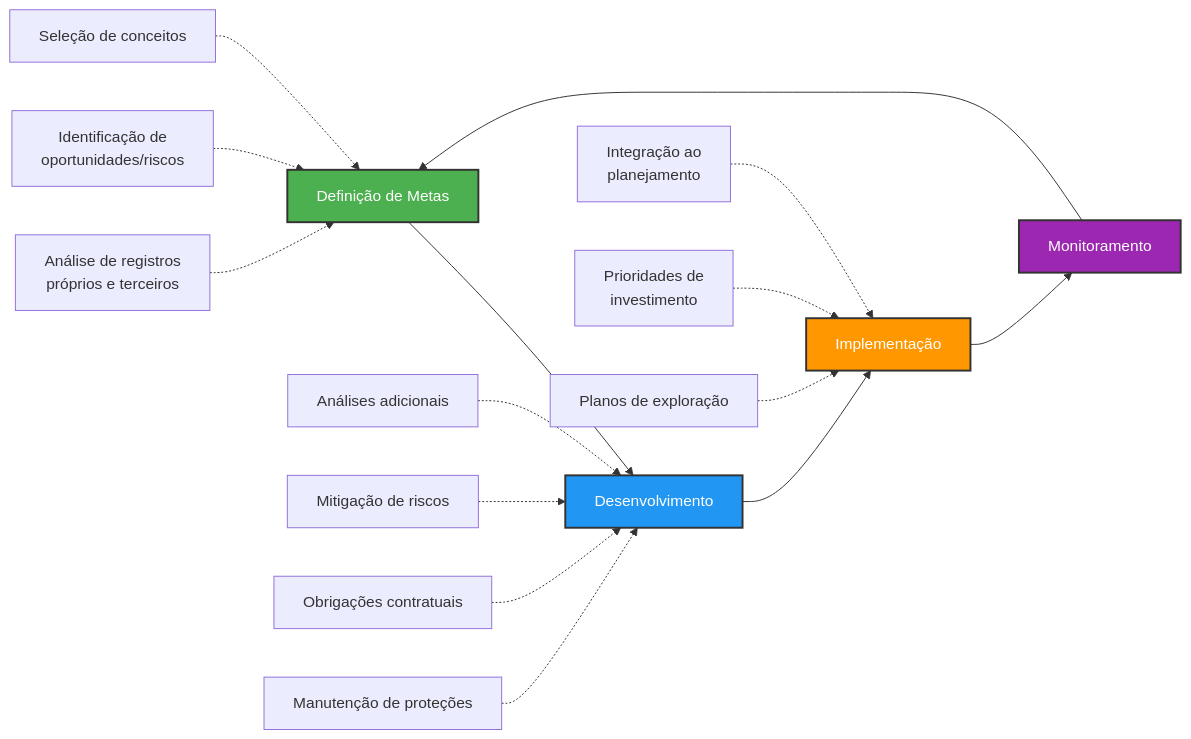
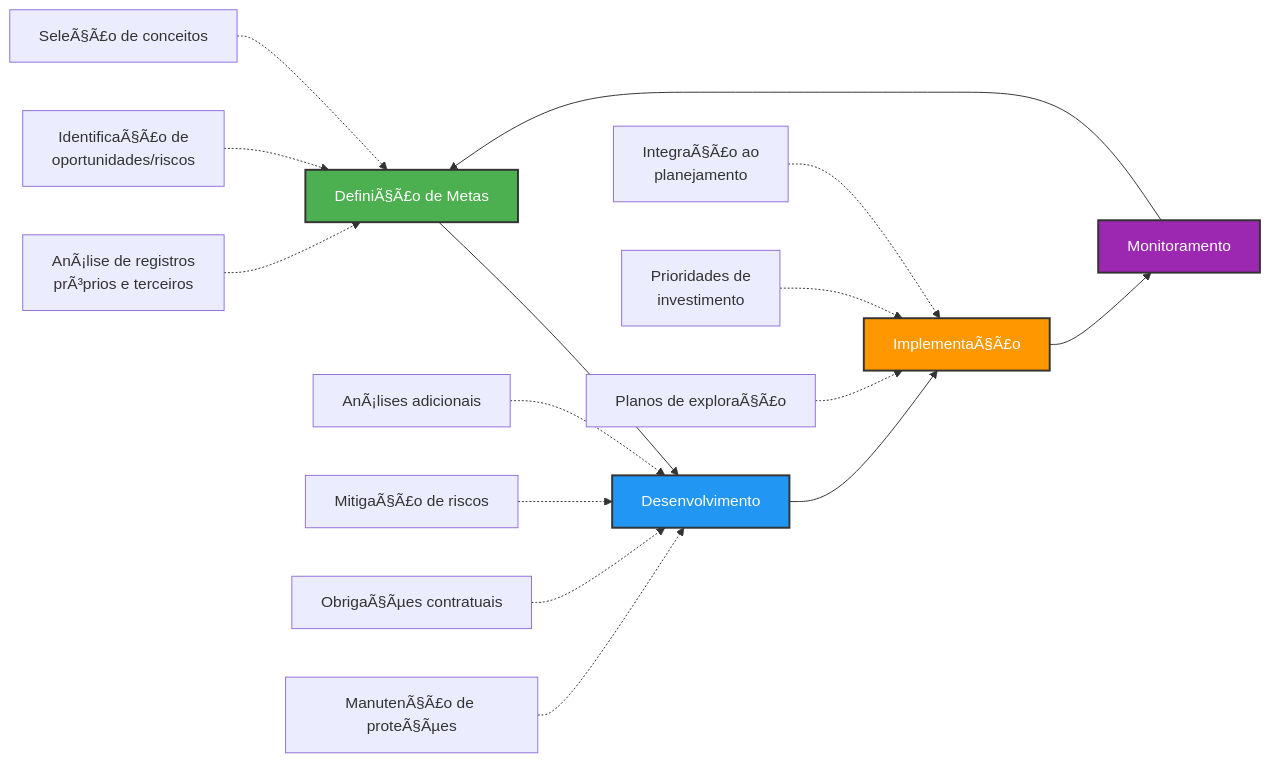
One commit to ldvsantos/cv changed the second of 11 diagrams in aulas/ciencia_pi/SLIDES_QUARTO/Tema 05 - Gestao de Projetos inovacao/tema05_apresentacao/tema05_apresentacao.qmd. Above: the diagram before and after it, drawn with Mermaid. The commit also changed other lines of this file and 466 other files, not shown here.

````diff
--- a/aulas/ciencia_pi/SLIDES_QUARTO/Tema 05 - Gestao de Projetos inovacao/tema05_apresentacao/tema05_apresentacao.qmd
+++ b/aulas/ciencia_pi/SLIDES_QUARTO/Tema 05 - Gestao de Projetos inovacao/tema05_apresentacao/tema05_apresentacao.qmd
@@ -207,27 +206,27 @@
 ```{mermaid}
 %%| fig-width: 10
 %%| fig-height: 5
 graph LR
-    A[Definição de Metas] --> B[Desenvolvimento]
-    B --> C[Implementação]
+    A[DefiniÃ§Ã£o de Metas] --> B[Desenvolvimento]
+    B --> C[ImplementaÃ§Ã£o]
     C --> D[Monitoramento]
     D --> A
     
-    A1[Análise de registros<br/>próprios e terceiros] -.-> A
-    A2[Identificação de<br/>oportunidades/riscos] -.-> A
-    A3[Seleção de conceitos] -.-> A
+    A1[AnÃ¡lise de registros<br/>prÃ³prios e terceiros] -.-> A
+    A2[IdentificaÃ§Ã£o de<br/>oportunidades/riscos] -.-> A
+    A3[SeleÃ§Ã£o de conceitos] -.-> A
     
-    B1[Análises adicionais] -.-> B
-    B2[Mitigação de riscos] -.-> B
-    B3[Obrigações contratuais] -.-> B
-    B4[Manutenção de proteções] -.-> B
+    B1[AnÃ¡lises adicionais] -.-> B
+    B2[MitigaÃ§Ã£o de riscos] -.-> B
+    B3[ObrigaÃ§Ãµes contratuais] -.-> B
+    B4[ManutenÃ§Ã£o de proteÃ§Ãµes] -.-> B
     
-    C1[Integração ao<br/>planejamento] -.-> C
+    C1[IntegraÃ§Ã£o ao<br/>planejamento] -.-> C
     C2[Prioridades de<br/>investimento] -.-> C
-    C3[Planos de exploração] -.-> C
+    C3[Planos de exploraÃ§Ã£o] -.-> C
     
     style A fill:#4CAF50,stroke:#333,stroke-width:2px,color:#fff
     style B fill:#2196F3,stroke:#333,stroke-width:2px,color:#fff
     style C fill:#FF9800,stroke:#333,stroke-width:2px,color:#fff
     style D fill:#9C27B0,stroke:#333,stroke-width:2px,color:#fff
 ```
````
